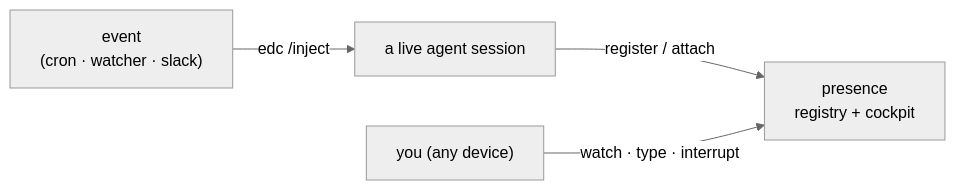
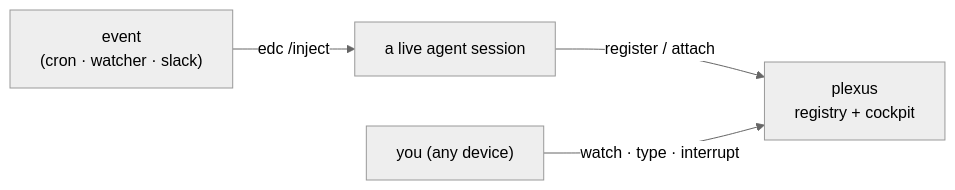
Before and after one commit to jjuanrivvera/presence: the diagram in docs/index.md, drawn with Mermaid (neutral theme). The commit also changed other lines of this file and 40 other files, not shown here.

First line of the commit message:
Rename presence → plexus (binary, repo, module, config)

````diff
--- a/docs/index.md
+++ b/docs/index.md
@@ -16,6 +16,6 @@
 ```mermaid
 flowchart LR
   E["event<br/>(cron · watcher · slack)"] -->|edc /inject| S["a live agent session"]
-  S -->|register / attach| P["presence<br/>registry + cockpit"]
+  S -->|register / attach| P["plexus<br/>registry + cockpit"]
   H["you (any device)"] -->|watch · type · interrupt| P
 ```
````
